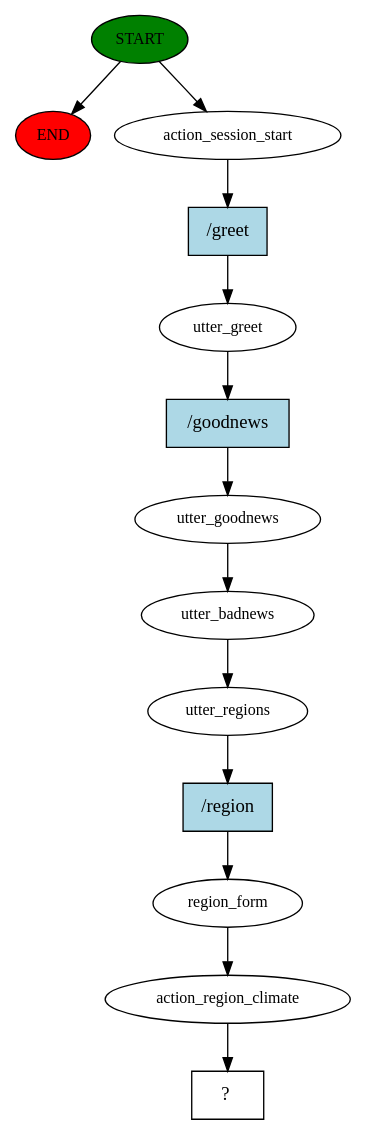
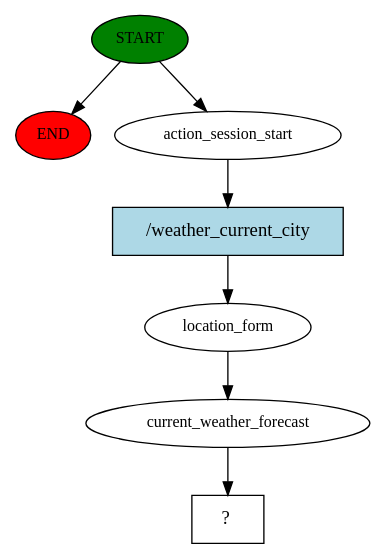
One commit to CLozy/anga changed the diagram in story_graph.dot. Above: the diagram before and after it, drawn with Graphviz. The commit also changed 222 other files, not shown here.

```diff
--- a/story_graph.dot
+++ b/story_graph.dot
@@ -1,27 +1,15 @@
 digraph  {
 0 [class="start active", fillcolor=green, fontsize=12, label=START, style=filled];
 "-1" [class=end, fillcolor=red, fontsize=12, label=END, style=filled];
 1 [class=active, fontsize=12, label=action_session_start];
-2 [class=active, fontsize=12, label=utter_greet];
-3 [class=active, fontsize=12, label=utter_goodnews];
-4 [class=active, fontsize=12, label=utter_badnews];
-5 [class=active, fontsize=12, label=utter_regions];
-6 [class=active, fontsize=12, label=region_form];
-7 [class=active, fontsize=12, label=action_region_climate];
-8 [class="intent dashed active", label="  ?  ", shape=rect];
-9 [class="intent active", fillcolor=lightblue, label="/greet", shape=rect, style=filled];
-10 [class="intent active", fillcolor=lightblue, label="/goodnews", shape=rect, style=filled];
-11 [class="intent active", fillcolor=lightblue, label="/region", shape=rect, style=filled];
+2 [class=active, fontsize=12, label=location_form];
+3 [class=active, fontsize=12, label=current_weather_forecast];
+4 [class="intent dashed active", label="  ?  ", shape=rect];
+5 [class="intent active", fillcolor=lightblue, label="/weather_current_city", shape=rect, style=filled];
 0 -> "-1"  [class="", key=NONE, label=""];
 0 -> 1  [class=active, key=NONE, label=""];
-1 -> 9  [class=active, key=0];
-2 -> 10  [class=active, key=0];
+1 -> 5  [class=active, key=0];
+2 -> 3  [class=active, key=NONE, label=""];
 3 -> 4  [class=active, key=NONE, label=""];
-4 -> 5  [class=active, key=NONE, label=""];
-5 -> 11  [class=active, key=0];
-6 -> 7  [class=active, key=NONE, label=""];
-7 -> 8  [class=active, key=NONE, label=""];
-9 -> 2  [class=active, key=0];
-10 -> 3  [class=active, key=0];
-11 -> 6  [class=active, key=0];
+5 -> 2  [class=active, key=0];
 }
```
